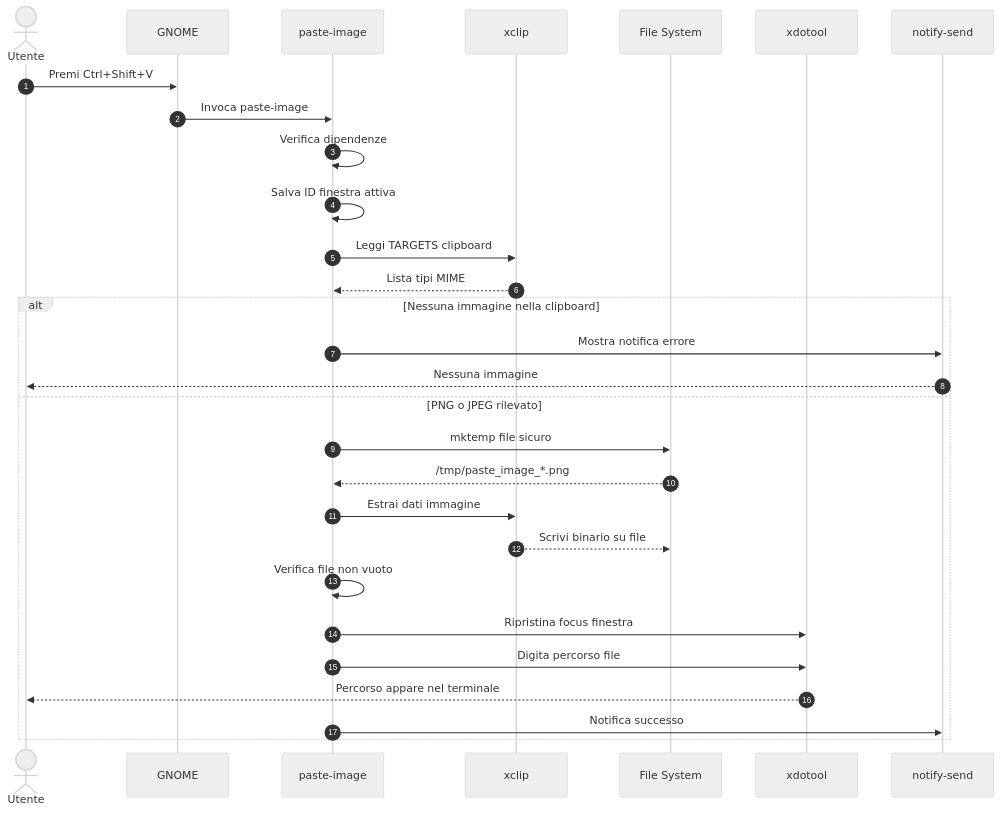
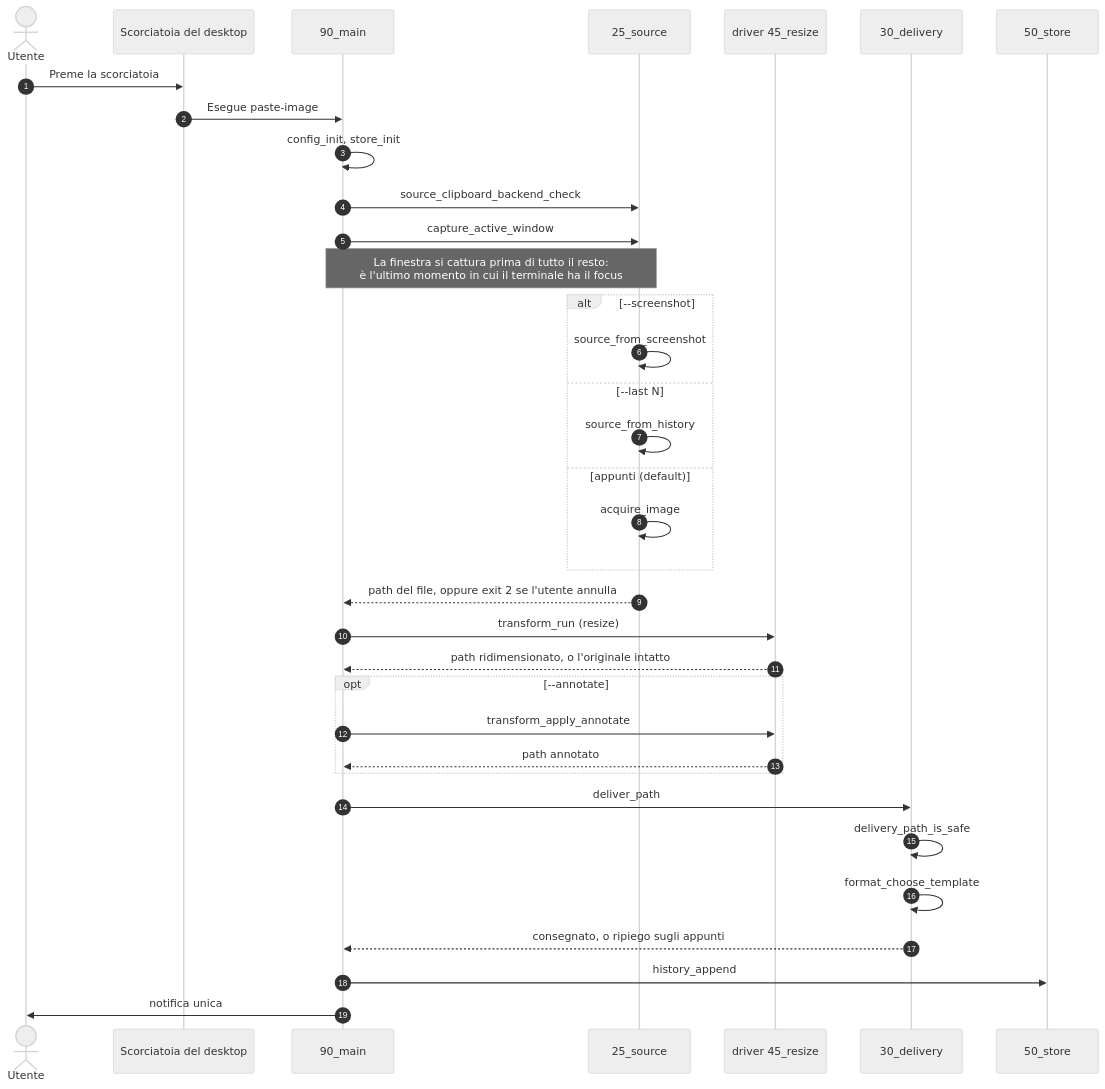
The third of 5 diagrams in docs/ARCHITECTURE.it.md (AndreaBonn/cli-image-paste), drawn with Mermaid (neutral theme) before and after one commit. The commit also changed other lines of this file and 1 other file, not shown here.

First line of the commit message:
docs(architecture): describe the generated build, not the removed monolith

````diff
--- a/docs/ARCHITECTURE.it.md
+++ b/docs/ARCHITECTURE.it.md
@@ -77,33 +165,43 @@
 ```mermaid
 sequenceDiagram
   autonumber
   actor user as Utente
-  participant gnome as GNOME
-  participant script as paste-image
-  participant xclip as xclip
-  participant fs as File System
-  participant xdotool as xdotool
-  participant notif as notify-send
+  participant desktop as Scorciatoia del desktop
+  participant main as 90_main
+  participant src as 25_source
+  participant tf as driver 45_resize
+  participant del as 30_delivery
+  participant store as 50_store
 
-  user->>gnome: Premi Ctrl+Shift+V
-  gnome->>script: Invoca paste-image
-  script->>script: Verifica dipendenze
-  script->>script: Salva ID finestra attiva
-  script->>xclip: Leggi TARGETS clipboard
-  xclip-->>script: Lista tipi MIME
+  user->>desktop: Preme la scorciatoia
+  desktop->>main: Esegue paste-image
+  main->>main: config_init, store_init
+  main->>src: source_clipboard_backend_check
+  main->>src: capture_active_window
 
-  alt Nessuna immagine nella clipboard
-    script->>notif: Mostra notifica errore
-    notif-->>user: Nessuna immagine
-  else PNG o JPEG rilevato
-    script->>fs: mktemp file sicuro
-    fs-->>script: /tmp/paste_image_*.png
-    script->>xclip: Estrai dati immagine
-    xclip-->>fs: Scrivi binario su file
-    script->>script: Verifica file non vuoto
-    script->>xdotool: Ripristina focus finestra
-    script->>xdotool: Digita percorso file
-    xdotool-->>user: Percorso appare nel terminale
-    script->>notif: Notifica successo
+  Note over main,src: La finestra si cattura prima di tutto il resto:<br/>è l'ultimo momento in cui il terminale ha il focus
+
+  alt --screenshot
+    src->>src: source_from_screenshot
+  else --last N
+    src->>src: source_from_history
+  else appunti (default)
+    src->>src: acquire_image
   end
+  src-->>main: path del file, oppure exit 2 se l'utente annulla
+
+  main->>tf: transform_run (resize)
+  tf-->>main: path ridimensionato, o l'originale intatto
+
+  opt --annotate
+    main->>tf: transform_apply_annotate
+    tf-->>main: path annotato
+  end
+
+  main->>del: deliver_path
+  del->>del: delivery_path_is_safe
+  del->>del: format_choose_template
+  del-->>main: consegnato, o ripiego sugli appunti
+  main->>store: history_append
+  main->>user: notifica unica
 ```
````
